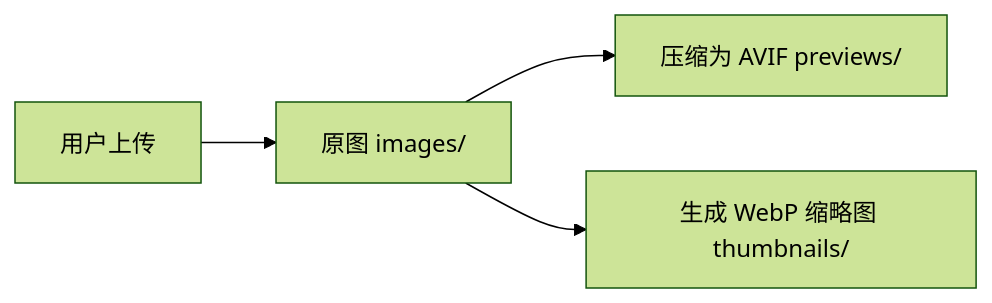
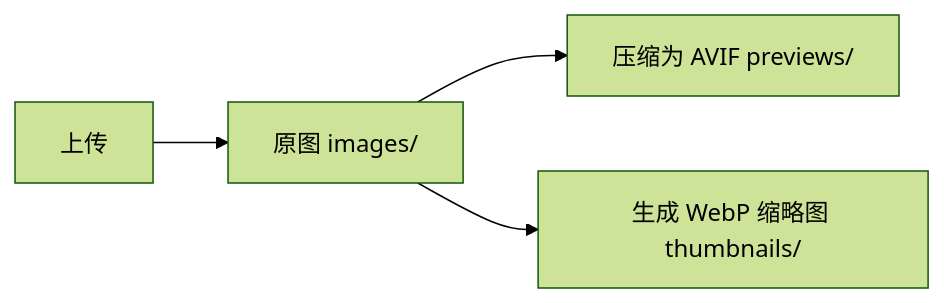
One commit to MAERS05/MAERS-Public-Web changed the second of 2 diagrams in _说明/架构决策记录.md. Above: the diagram before and after it, drawn with Mermaid (forest theme). The commit also changed other lines of this file and 25 other files, not shown here.

````diff
--- a/_说明/架构决策记录.md
+++ b/_说明/架构决策记录.md
@@ -328,6 +328,6 @@
 ```mermaid
 graph LR
-    A[用户上传] --> B[原图 images/]
+    A[上传] --> B[原图 images/]
     B --> C[压缩为 AVIF previews/]
     B --> D[生成 WebP 缩略图 thumbnails/]
 ```
````
